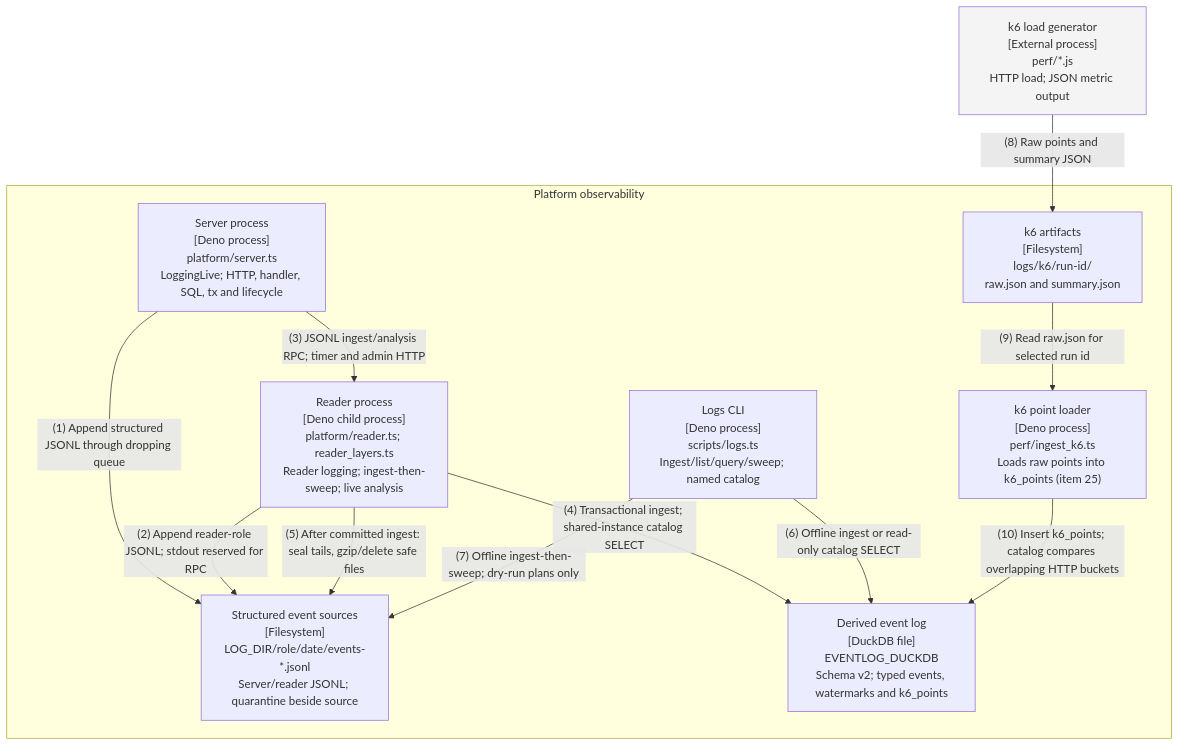
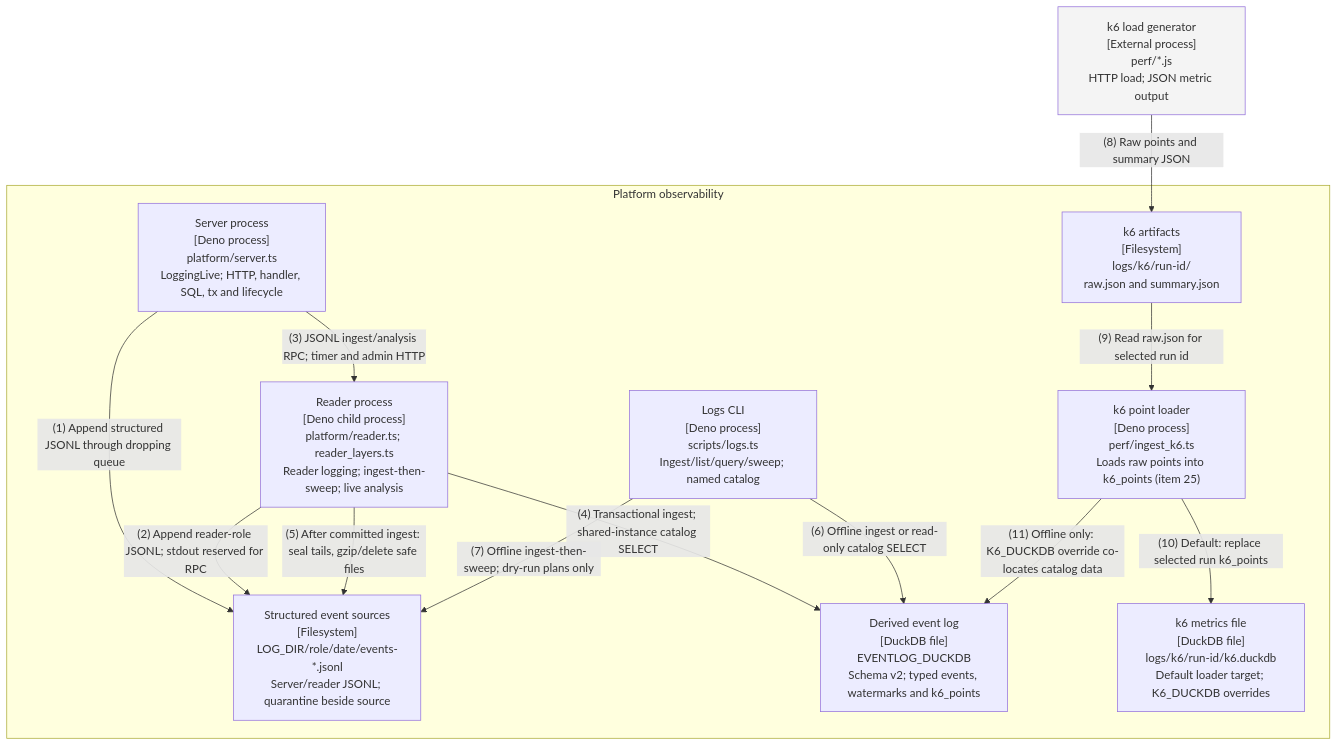
The diagram in docs/architecture/c4-container-observability.github.md (nickstrad/ts-db), drawn with Mermaid before and after one commit. The commit also changed other lines of this file and 32 other files, not shown here.

Commit message:
docs: reflect on tenant architecture and reader supervision

````diff
--- a/docs/architecture/c4-container-observability.github.md
+++ b/docs/architecture/c4-container-observability.github.md
@@ -7,27 +7,29 @@
 ```mermaid
 flowchart TB
     subgraph platform["Platform observability"]
         server["Server process<br/>[Deno process]<br/>platform/server.ts<br/>LoggingLive; HTTP, handler, SQL, tx and lifecycle"]
         reader["Reader process<br/>[Deno child process]<br/>platform/reader.ts; reader_layers.ts<br/>Reader logging; ingest-then-sweep; live analysis"]
         jsonl["Structured event sources<br/>[Filesystem]<br/>LOG_DIR/role/date/events-*.jsonl<br/>Server/reader JSONL; quarantine beside source"]
         duck["Derived event log<br/>[DuckDB file]<br/>EVENTLOG_DUCKDB<br/>Schema v2; typed events, watermarks and k6_points"]
         cli["Logs CLI<br/>[Deno process]<br/>scripts/logs.ts<br/>Ingest/list/query/sweep; named catalog"]
         loader["k6 point loader<br/>[Deno process]<br/>perf/ingest_k6.ts<br/>Loads raw points into k6_points (item 25)"]
+        k6db["k6 metrics file<br/>[DuckDB file]<br/>logs/k6/run-id/k6.duckdb<br/>Default loader target; K6_DUCKDB overrides"]
         results["k6 artifacts<br/>[Filesystem]<br/>logs/k6/run-id/<br/>raw.json and summary.json"]
     end
         k6["k6 load generator<br/>[External process]<br/>perf/*.js<br/>HTTP load; JSON metric output"]
     server -->|"(1) Append structured JSONL through dropping queue"| jsonl
     reader -->|"(2) Append reader-role JSONL; stdout reserved for RPC"| jsonl
     server -->|"(3) JSONL ingest/analysis RPC; timer and admin HTTP"| reader
     reader -->|"(4) Transactional ingest; shared-instance catalog SELECT"| duck
     reader -->|"(5) After committed ingest: seal tails, gzip/delete safe files"| jsonl
     cli -->|"(6) Offline ingest or read-only catalog SELECT"| duck
     cli -->|"(7) Offline ingest-then-sweep; dry-run plans only"| jsonl
     k6 -->|"(8) Raw points and summary JSON"| results
     results -->|"(9) Read raw.json for selected run id"| loader
-    loader -->|"(10) Insert k6_points; catalog compares overlapping HTTP buckets"| duck
+    loader -->|"(10) Default: replace selected run k6_points"| k6db
+    loader -->|"(11) Offline only: K6_DUCKDB override co-locates catalog data"| duck
     classDef planned stroke-dasharray: 5 3
     classDef person fill:#fff,stroke-width:2px
     classDef external fill:#f4f4f4
     class k6 external
 ```
````
